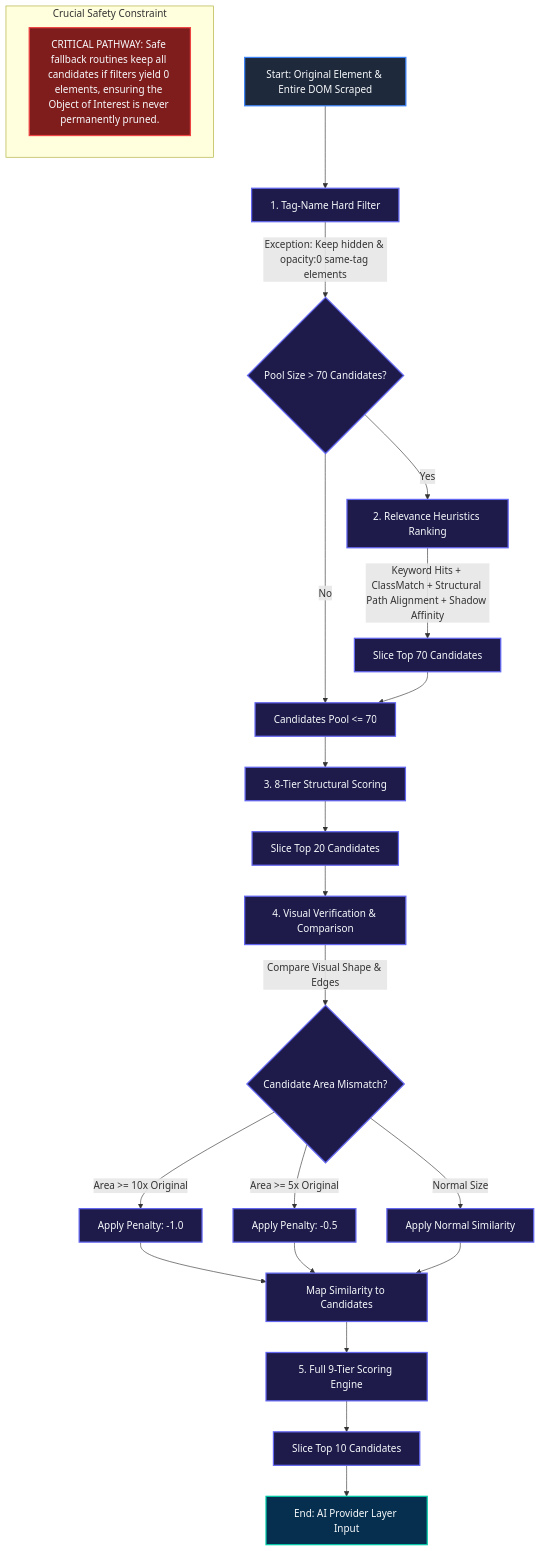
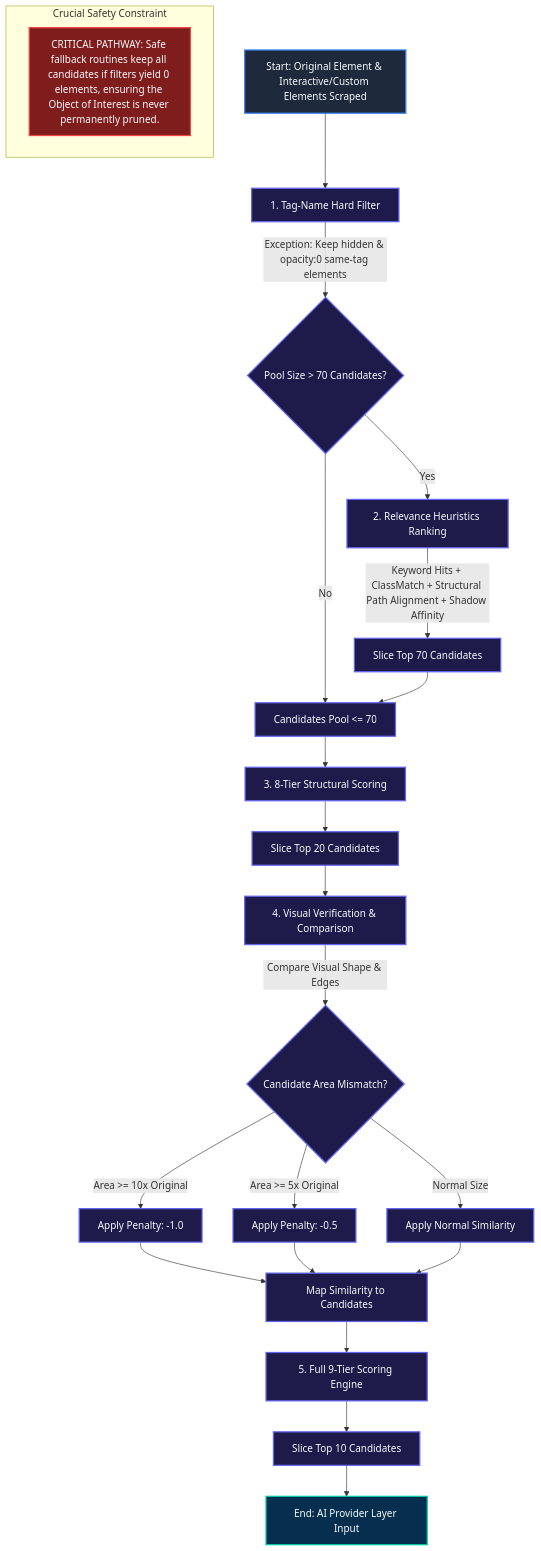
Before and after one commit to shambhoo-narwaria/reLOCATE.AI-Intelligent-Element-Recovery-Engine: the fifth of 5 diagrams in docs/project-architecture.md, drawn with Mermaid. The commit also changed other lines of this file and 143 other files, not shown here.

````diff
--- a/docs/project-architecture.md
+++ b/docs/project-architecture.md
@@ -332,37 +332,37 @@
 ```mermaid
 flowchart TD
     %% Styling
     classDef input fill:#1e293b,stroke:#3b82f6,stroke-width:2px,color:#f8fafc;
     classDef stage fill:#1e1b4b,stroke:#6366f1,stroke-width:2px,color:#f8fafc;
     classDef crucial fill:#7f1d1d,stroke:#ef4444,stroke-width:2px,color:#f8fafc;
     classDef output fill:#062f4f,stroke:#00c9a7,stroke-width:2px,color:#f8fafc;
 
-    A["Start: Original Element & Entire DOM Scraped"]:::input --> B["1. Tag-Name Hard Filter"]:::stage
+    A["Start: Original Element & Interactive/Custom Elements Scraped"]:::input --> B["1. Tag-Name Hard Filter"]:::stage
     B -->|Exception: Keep hidden & opacity:0 same-tag elements| C{"Pool Size > 70 Candidates?"}:::stage
     
     C -->|Yes| D["2. Relevance Heuristics Ranking"]:::stage
     D -->|Keyword Hits + ClassMatch + Structural Path Alignment + Shadow Affinity| E["Slice Top 70 Candidates"]:::stage
     C -->|No| F["Candidates Pool <= 70"]:::stage
     E --> F
     
     F --> G["3. 8-Tier Structural Scoring"]:::stage
     G --> H["Slice Top 20 Candidates"]:::stage
     
     H --> I["4. Visual Verification & Comparison"]:::stage
     I -->|Compare Visual Shape & Edges| J{"Candidate Area Mismatch?"}:::stage
     J -->|Area >= 10x Original| K["Apply Penalty: -1.0"]:::stage
     J -->|Area >= 5x Original| L["Apply Penalty: -0.5"]:::stage
     J -->|Normal Size| M["Apply Normal Similarity"]:::stage
     
     K --> N["Map Similarity to Candidates"]:::stage
     L --> N
     M --> N
     
     N --> O["5. Full 9-Tier Scoring Engine"]:::stage
     O --> P["Slice Top 10 Candidates"]:::stage
     P --> Q["End: AI Provider Layer Input"]:::output
 
     subgraph Crucial Safety Constraint
         R["CRITICAL PATHWAY: Safe fallback routines keep all candidates if filters yield 0 elements, ensuring the Object of Interest is never permanently pruned."]:::crucial
     end
 ```
````
